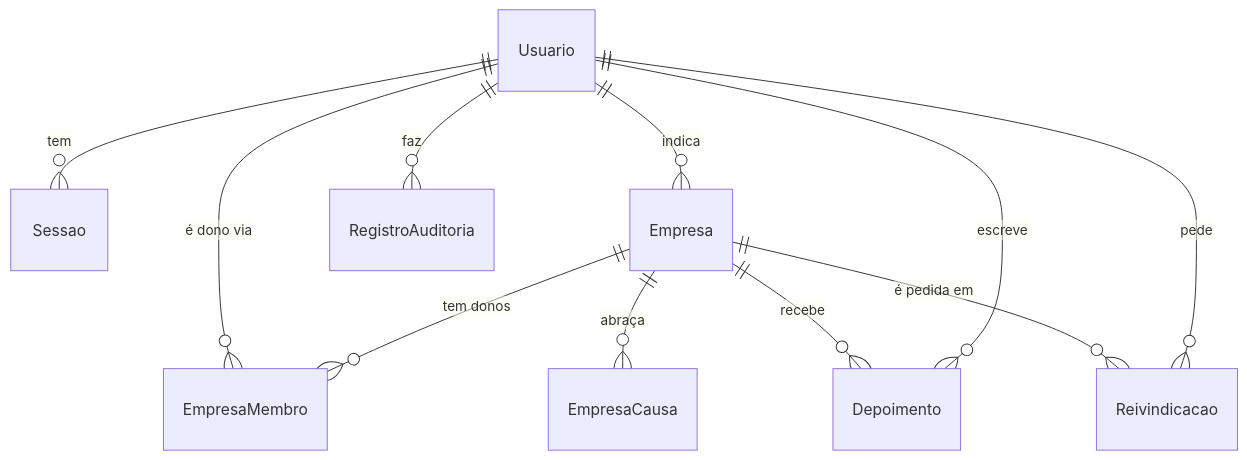
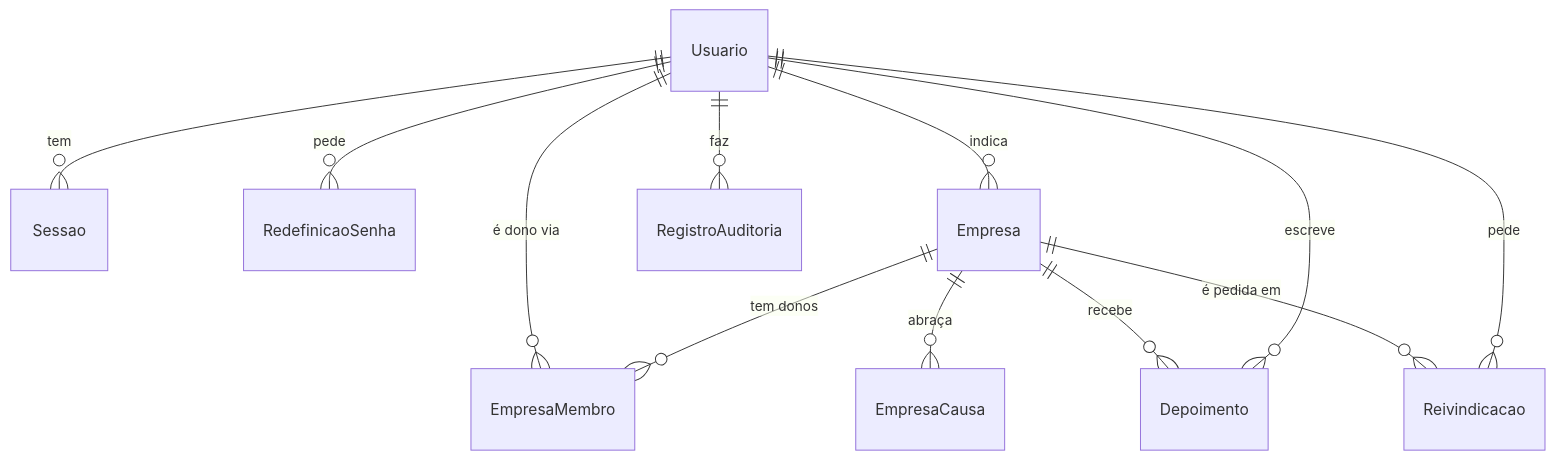
The second of 2 diagrams in docs/como-foi-feito.md (fabs-reis/Negocio-do-bem), drawn with Mermaid before and after one commit. The commit also changed other lines of this file and 14 other files, not shown here.

````diff
--- a/docs/como-foi-feito.md
+++ b/docs/como-foi-feito.md
@@ -397,13 +399,14 @@
 ```mermaid
 erDiagram
     Usuario ||--o{ Sessao : "tem"
+    Usuario ||--o{ RedefinicaoSenha : "pede"
     Usuario ||--o{ EmpresaMembro : "é dono via"
     Empresa ||--o{ EmpresaMembro : "tem donos"
     Empresa ||--o{ EmpresaCausa : "abraça"
     Empresa ||--o{ Depoimento : "recebe"
     Empresa ||--o{ Reivindicacao : "é pedida em"
     Usuario ||--o{ Empresa : "indica"
     Usuario ||--o{ Depoimento : "escreve"
     Usuario ||--o{ Reivindicacao : "pede"
     Usuario ||--o{ RegistroAuditoria : "faz"
 ```
````
